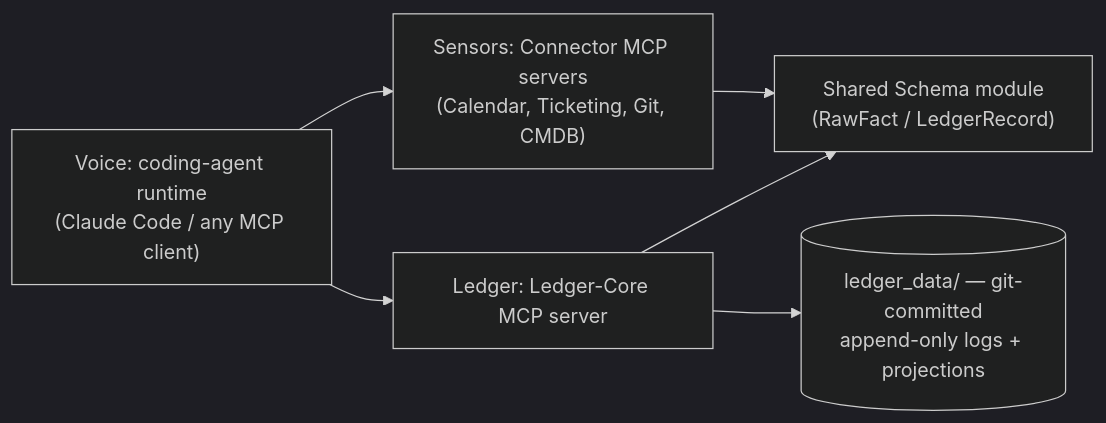
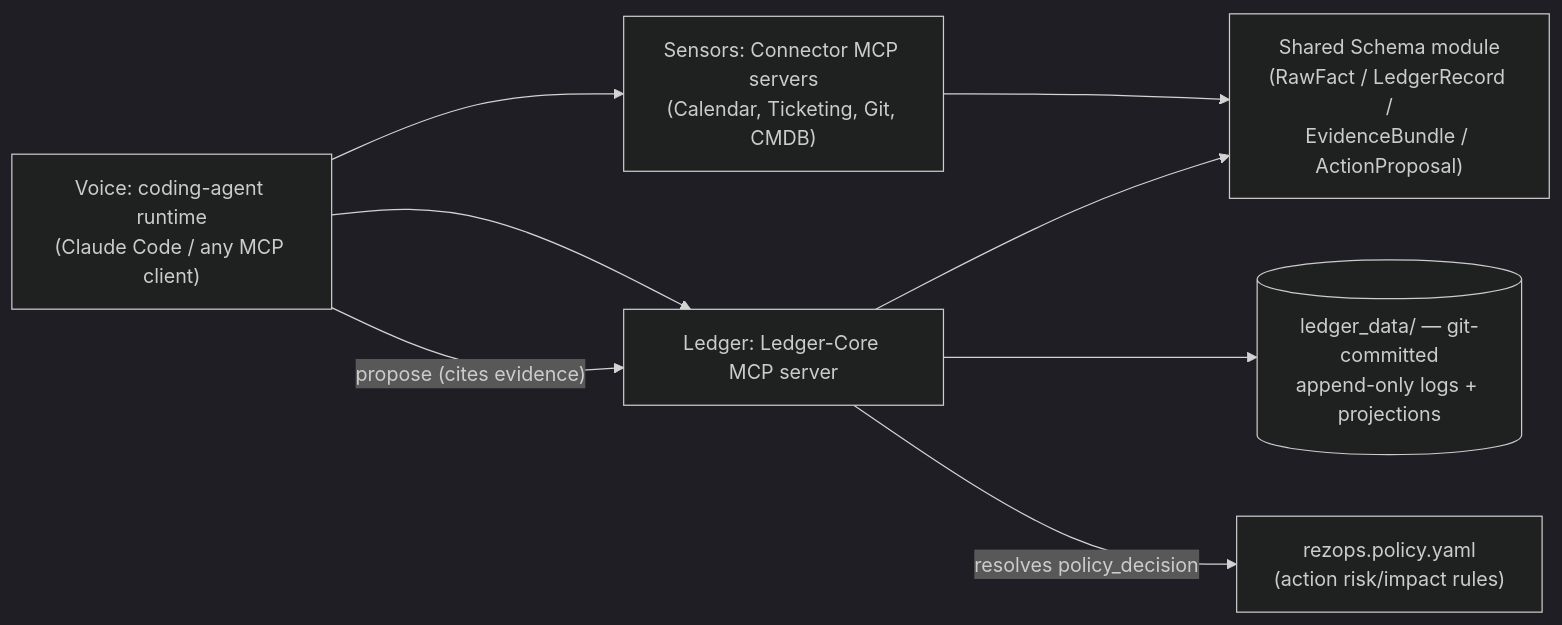
One commit to mistamayor/rez-ops changed the first of 2 diagrams in _bmad-output/planning-artifacts/architecture/architecture-Resillience-Ops-2026-08-12/ARCHITECTURE-SPINE.md. Above: the diagram before and after it, drawn with Mermaid (dark theme). The commit also changed other lines of this file and 6 other files, not shown here.

````diff
--- a/_bmad-output/planning-artifacts/architecture/architecture-Resillience-Ops-2026-08-12/ARCHITECTURE-SPINE.md
+++ b/_bmad-output/planning-artifacts/architecture/architecture-Resillience-Ops-2026-08-12/ARCHITECTURE-SPINE.md
@@ -30,8 +32,10 @@
 ```mermaid
 graph LR
     Runtime["Voice: coding-agent runtime<br/>(Claude Code / any MCP client)"] --> Connectors["Sensors: Connector MCP servers<br/>(Calendar, Ticketing, Git, CMDB)"]
     Runtime --> LedgerCore["Ledger: Ledger-Core MCP server"]
-    Connectors --> Schema["Shared Schema module<br/>(RawFact / LedgerRecord)"]
+    Connectors --> Schema["Shared Schema module<br/>(RawFact / LedgerRecord /<br/>EvidenceBundle / ActionProposal)"]
     LedgerCore --> Schema
     LedgerCore --> LedgerData[("ledger_data/ — git-committed<br/>append-only logs + projections")]
+    Runtime -->|"propose (cites evidence)"| LedgerCore
+    LedgerCore -->|"resolves policy_decision"| Policy["rezops.policy.yaml<br/>(action risk/impact rules)"]
 ```
````
